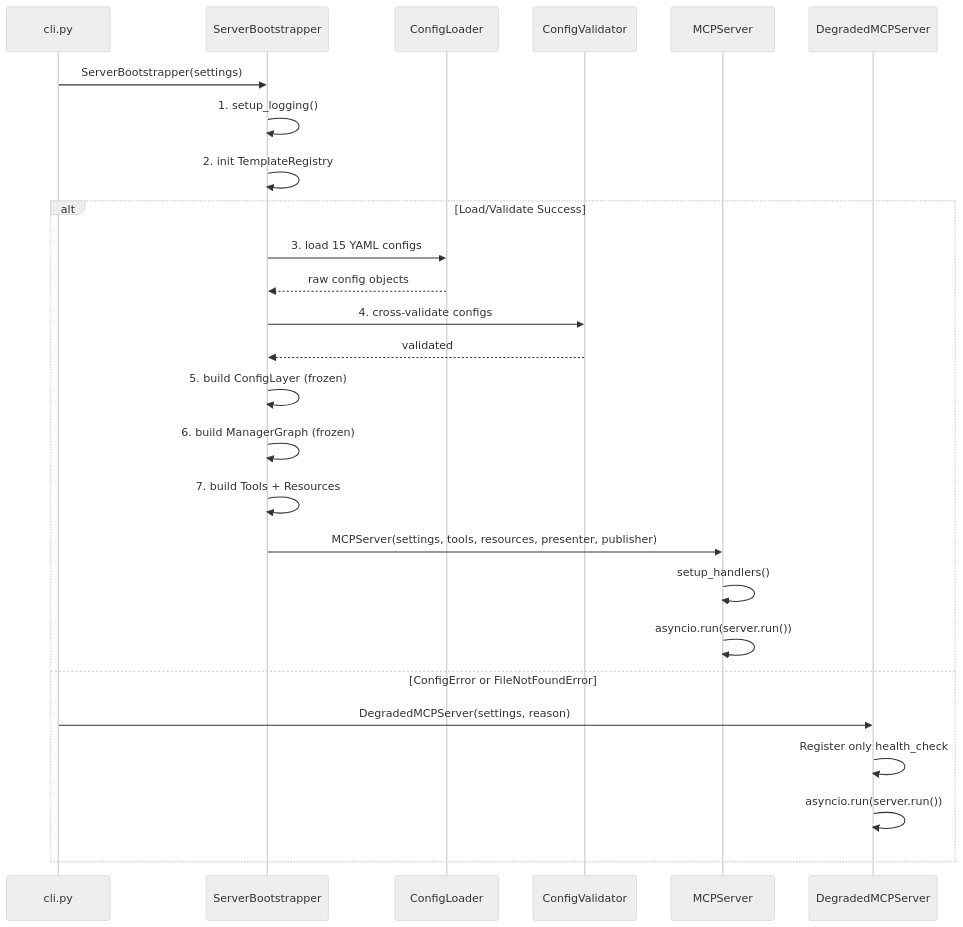
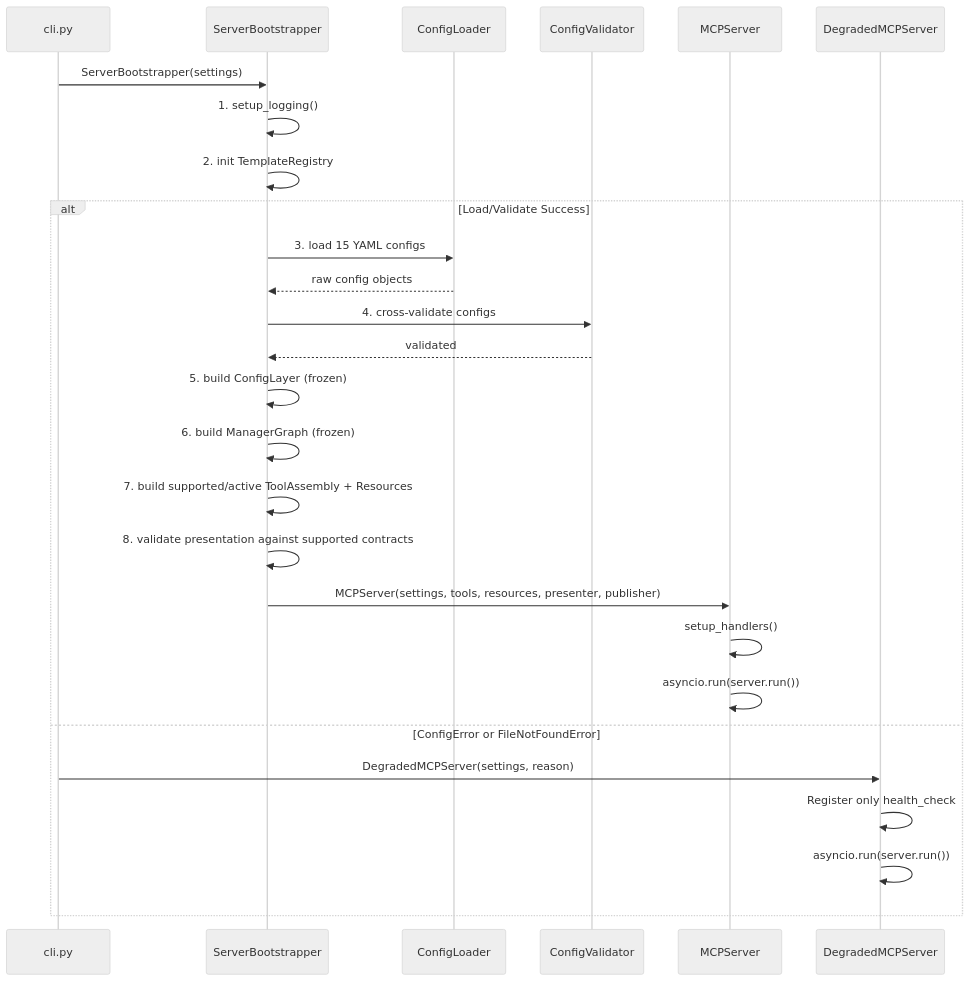
Before and after one commit to MikeyVK/S1mpleTraderV3: the third of 5 diagrams in docs/manuals/architecture.md, drawn with Mermaid (neutral theme). The commit also changed other lines of this file and 14 other files, not shown here.

````diff
--- a/docs/manuals/architecture.md
+++ b/docs/manuals/architecture.md
@@ -381,29 +385,30 @@
 ```mermaid
 sequenceDiagram
     participant CLI as cli.py
     participant BS as ServerBootstrapper
     participant CL as ConfigLoader
     participant CV as ConfigValidator
     participant Server as MCPServer
     participant DegradedServer as DegradedMCPServer
 
     CLI->>BS: ServerBootstrapper(settings)
     BS->>BS: 1. setup_logging()
     BS->>BS: 2. init TemplateRegistry
     alt Load/Validate Success
         BS->>CL: 3. load 15 YAML configs
         CL-->>BS: raw config objects
         BS->>CV: 4. cross-validate configs
         CV-->>BS: validated
         BS->>BS: 5. build ConfigLayer (frozen)
         BS->>BS: 6. build ManagerGraph (frozen)
-        BS->>BS: 7. build Tools + Resources
+        BS->>BS: 7. build supported/active ToolAssembly + Resources
+        BS->>BS: 8. validate presentation against supported contracts
         BS->>Server: MCPServer(settings, tools, resources, presenter, publisher)
         Server->>Server: setup_handlers()
         Server->>Server: asyncio.run(server.run())
     else ConfigError or FileNotFoundError
         CLI->>DegradedServer: DegradedMCPServer(settings, reason)
         DegradedServer->>DegradedServer: Register only health_check
         DegradedServer->>DegradedServer: asyncio.run(server.run())
     end
 ```
````
